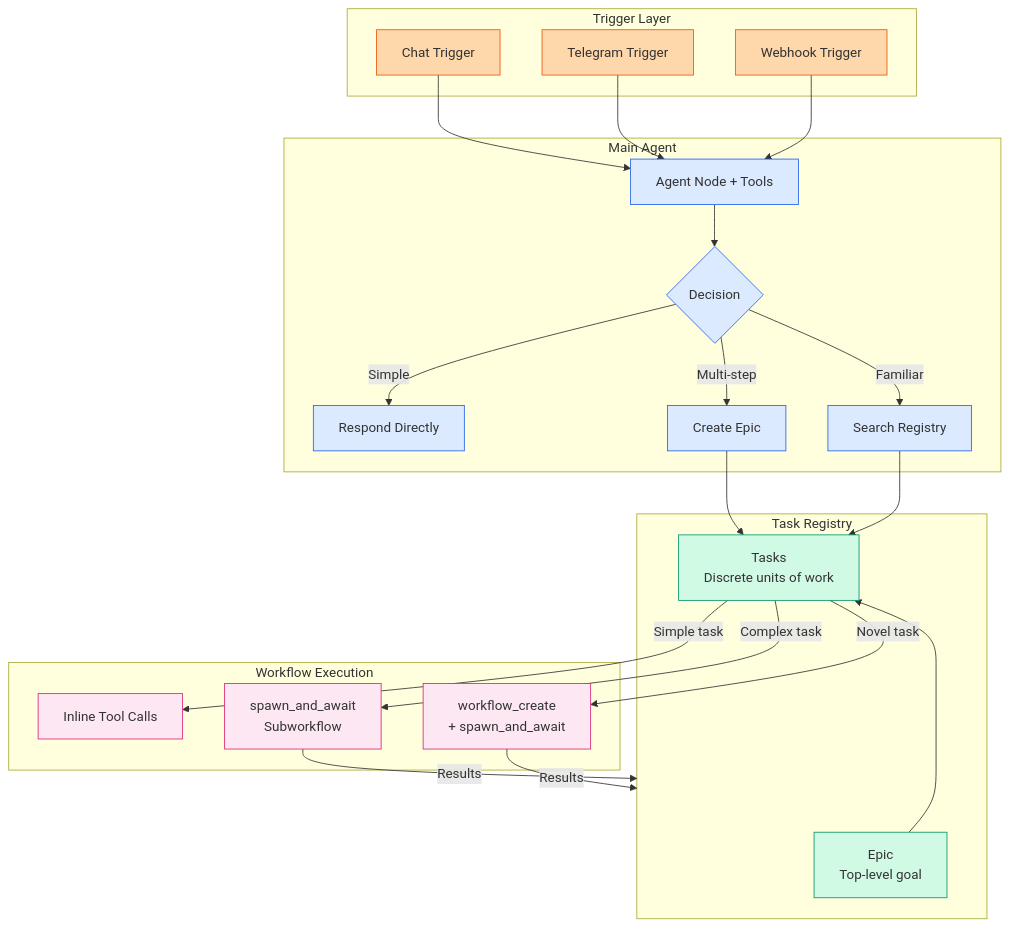
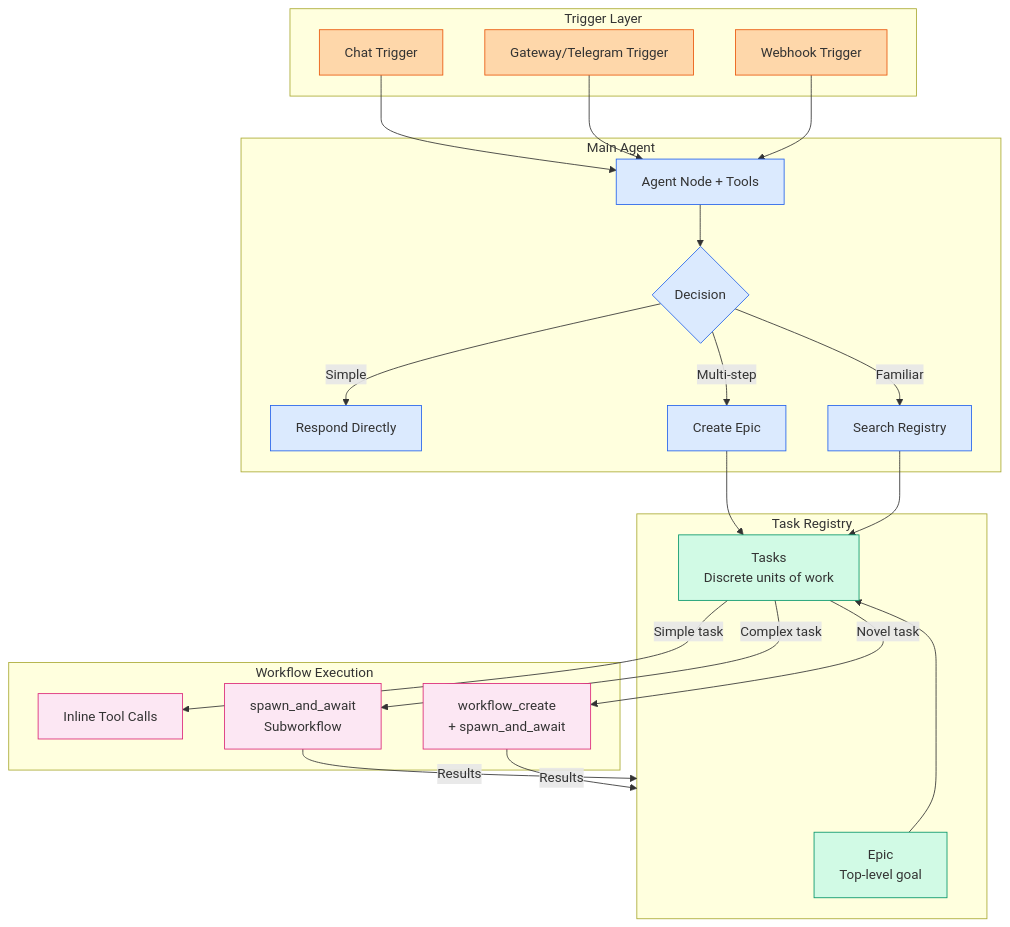
One commit to theuselessai/Pipelit changed the first of 3 diagrams in docs-site/docs/architecture/multi-agent.md. Above: the diagram before and after it, drawn with Mermaid. The commit also changed 58 other files, not shown here.

````diff
--- a/docs-site/docs/architecture/multi-agent.md
+++ b/docs-site/docs/architecture/multi-agent.md
@@ -9,51 +9,51 @@
 ```mermaid
 graph TB
     subgraph Trigger["Trigger Layer"]
         Chat[Chat Trigger]
-        TG[Telegram Trigger]
+        TG[Gateway/Telegram Trigger]
         WH[Webhook Trigger]
     end
 
     subgraph MainAgent["Main Agent"]
         Agent[Agent Node + Tools]
         Decision{Decision}
         Agent --> Decision
         Decision -->|Simple| Direct[Respond Directly]
         Decision -->|Multi-step| Epic[Create Epic]
         Decision -->|Familiar| Search[Search Registry]
     end
 
     subgraph Registry["Task Registry"]
         EpicModel[Epic<br/>Top-level goal]
         Tasks[Tasks<br/>Discrete units of work]
         EpicModel --> Tasks
     end
 
     subgraph Execution["Workflow Execution"]
         Inline[Inline Tool Calls]
         Spawn[spawn_and_await<br/>Subworkflow]
         Create[workflow_create<br/>+ spawn_and_await]
     end
 
     Chat --> Agent
     TG --> Agent
     WH --> Agent
 
     Epic --> Tasks
     Search --> Tasks
     Tasks -->|Simple task| Inline
     Tasks -->|Complex task| Spawn
     Tasks -->|Novel task| Create
     Spawn -->|Results| Registry
     Create -->|Results| Registry
 
     classDef trigger fill:#fed7aa,stroke:#ea580c
     classDef agent fill:#dbeafe,stroke:#2563eb
     classDef registry fill:#d1fae5,stroke:#059669
     classDef exec fill:#fce7f3,stroke:#db2777
 
     class Chat,TG,WH trigger
     class Agent,Decision,Direct,Epic,Search agent
     class EpicModel,Tasks registry
     class Inline,Spawn,Create exec
 ```
````
